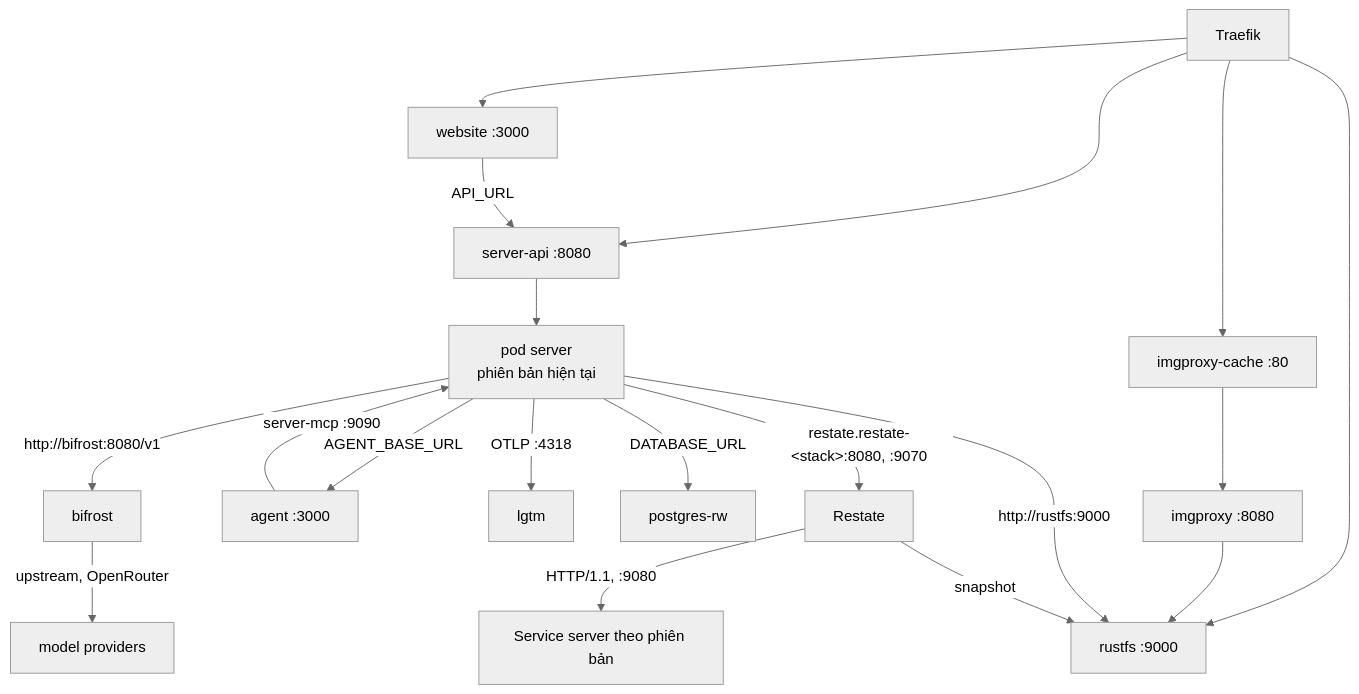
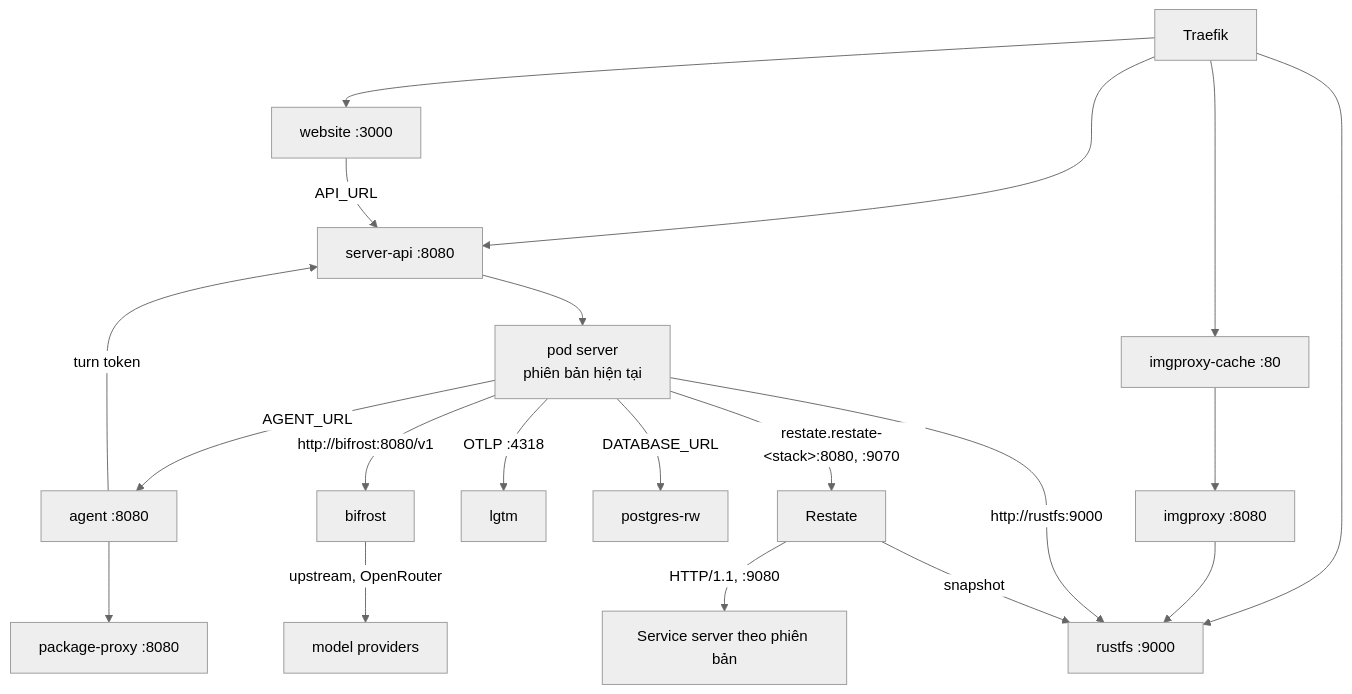
One commit to shopnexus/docs changed the second of 3 diagrams in web/src/content/docs/vi/operations/cluster/networking.mdx. Above: the diagram before and after it, drawn with Mermaid (neutral theme). The commit also changed other lines of this file and 3 other files, not shown here.

````diff
--- a/web/src/content/docs/vi/operations/cluster/networking.mdx
+++ b/web/src/content/docs/vi/operations/cluster/networking.mdx
@@ -112,20 +112,21 @@
 ```mermaid title="Các lời gọi trong một stack"
 flowchart TB
   T["Traefik"] --> W["website :3000"]
   T --> SA["server-api :8080"]
   T --> RF["rustfs :9000"]
   T --> IC["imgproxy-cache :80"]
   IC --> IP["imgproxy :8080"] --> RF
   W -->|"API_URL"| SA
   SA --> S1["pod server<br/>phiên bản hiện tại"]
-  AG["agent :3000"] -->|"server-mcp :9090"| S1
-  S1 -->|"AGENT_BASE_URL"| AG
+  S1 -->|"AGENT_URL"| AG["agent :8080"]
+  AG -->|"turn token"| SA
+  AG --> PP["package-proxy :8080"]
   S1 -->|"OTLP :4318"| LG["lgtm"]
   S1 -->|"DATABASE_URL"| PG["postgres-rw"]
   S1 -->|"http://rustfs:9000"| RF
   S1 -->|"http://bifrost:8080/v1"| LL["bifrost"]
   LL -->|"upstream, OpenRouter"| EXT["model providers"]
   S1 -->|"restate.restate-#lt;stack#gt;:8080, :9070"| R["Restate"]
   R -->|"HTTP/1.1, :9080"| SV["Service server theo phiên bản"]
   R -->|"snapshot"| RF
 ```
````
